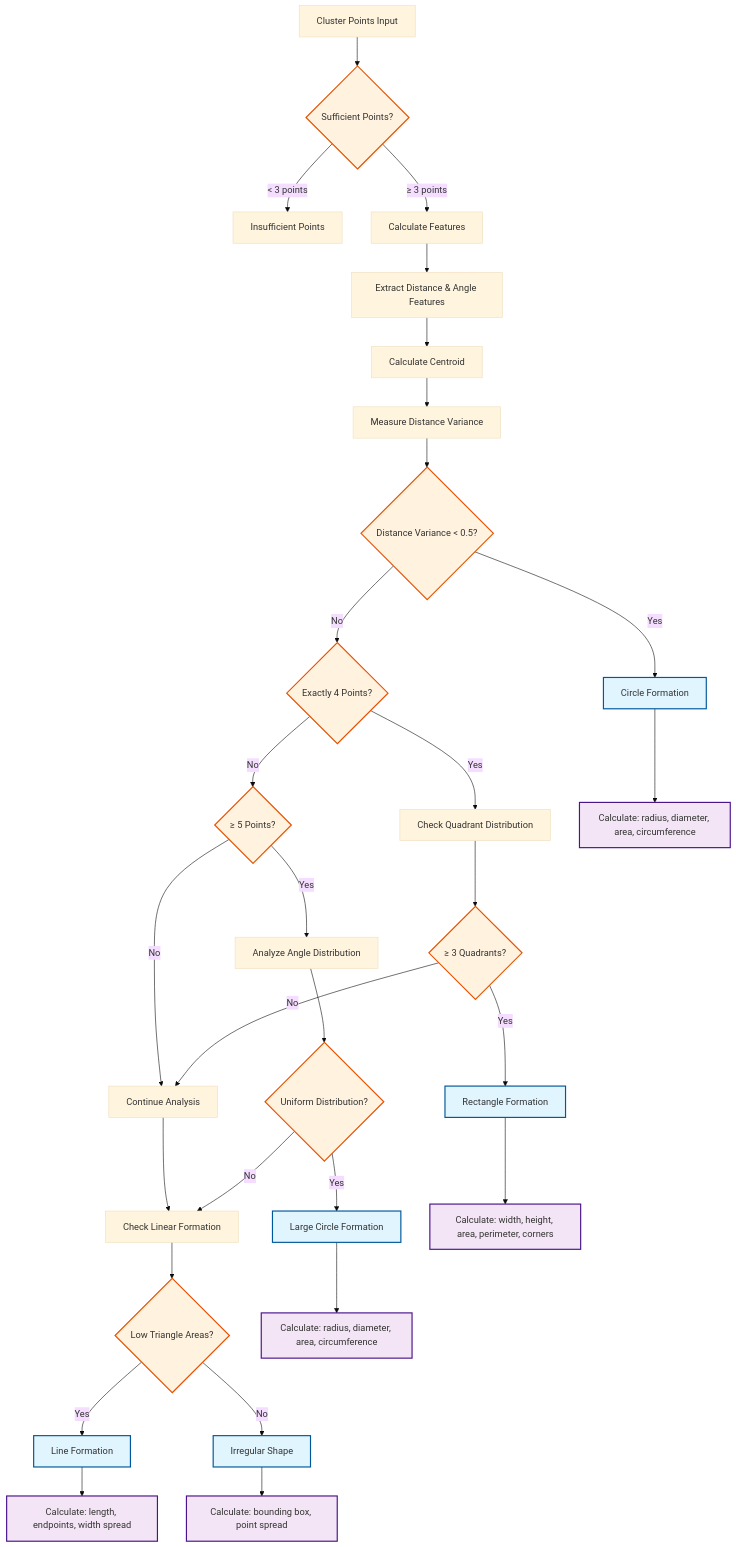
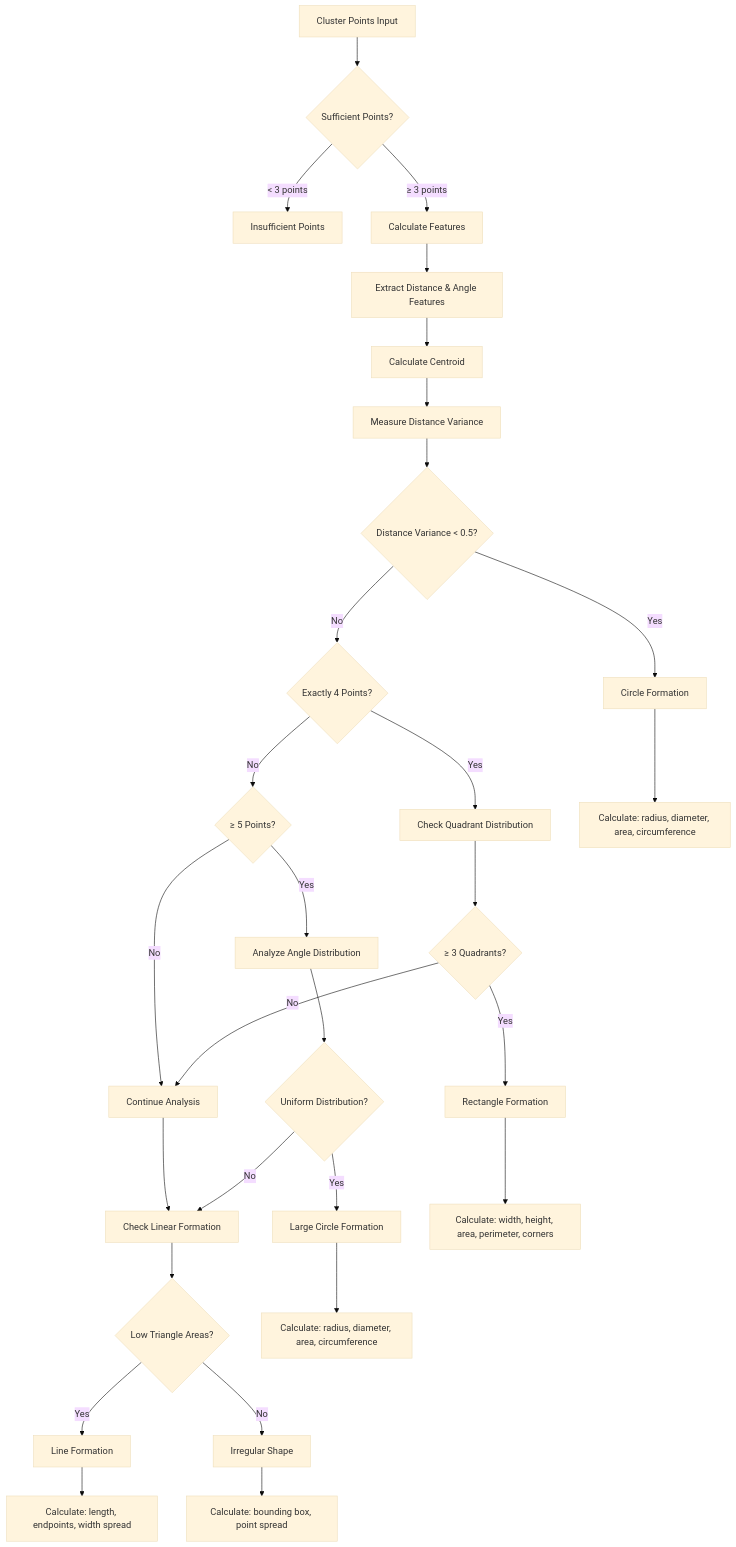
One commit to open-edge-platform/scenescape changed the third of 3 diagrams in cluster_analytics/docs/Overview.md. Above: the diagram before and after it, drawn with Mermaid (base theme).

Commit message:
Work on diagrams

````diff
--- a/cluster_analytics/docs/Overview.md
+++ b/cluster_analytics/docs/Overview.md
@@ -38,48 +38,39 @@
 ```mermaid
 flowchart TD
     A[Cluster Points Input] --> B{Sufficient Points?}
     B -->|< 3 points| C[Insufficient Points]
     B -->|≥ 3 points| D[Calculate Features]
     
     D --> E[Extract Distance & Angle Features]
     E --> F[Calculate Centroid]
     F --> G[Measure Distance Variance]
     
     G --> H{Distance Variance < 0.5?}
     H -->|Yes| I[Circle Formation]
     H -->|No| J{Exactly 4 Points?}
     
     J -->|Yes| K[Check Quadrant Distribution]
     K --> L{≥ 3 Quadrants?}
     L -->|Yes| M[Rectangle Formation]
     L -->|No| N[Continue Analysis]
     
     J -->|No| O{≥ 5 Points?}
     O -->|Yes| P[Analyze Angle Distribution]
     P --> Q{Uniform Distribution?}
     Q -->|Yes| R[Large Circle Formation]
     Q -->|No| S[Check Linear Formation]
     
     S --> T{Low Triangle Areas?}
     T -->|Yes| U[Line Formation]
     T -->|No| V[Irregular Shape]
     
     O -->|No| N
     N --> S
     
     %% Shape calculations
     I --> I1[Calculate: radius, diameter, area, circumference]
     M --> M1[Calculate: width, height, area, perimeter, corners]
     R --> R1[Calculate: radius, diameter, area, circumference]
     U --> U1[Calculate: length, endpoints, width spread]
     V --> V1[Calculate: bounding box, point spread]
-    
-    %% Styling
-    classDef shapeResult fill:#e1f5fe,stroke:#01579b,stroke-width:2px
-    classDef calculation fill:#f3e5f5,stroke:#4a148c,stroke-width:2px
-    classDef decision fill:#fff3e0,stroke:#e65100,stroke-width:2px
-    
-    class I,M,R,U,V shapeResult
-    class I1,M1,R1,U1,V1 calculation
-    class B,H,J,L,O,Q,T decision
 ```
````
